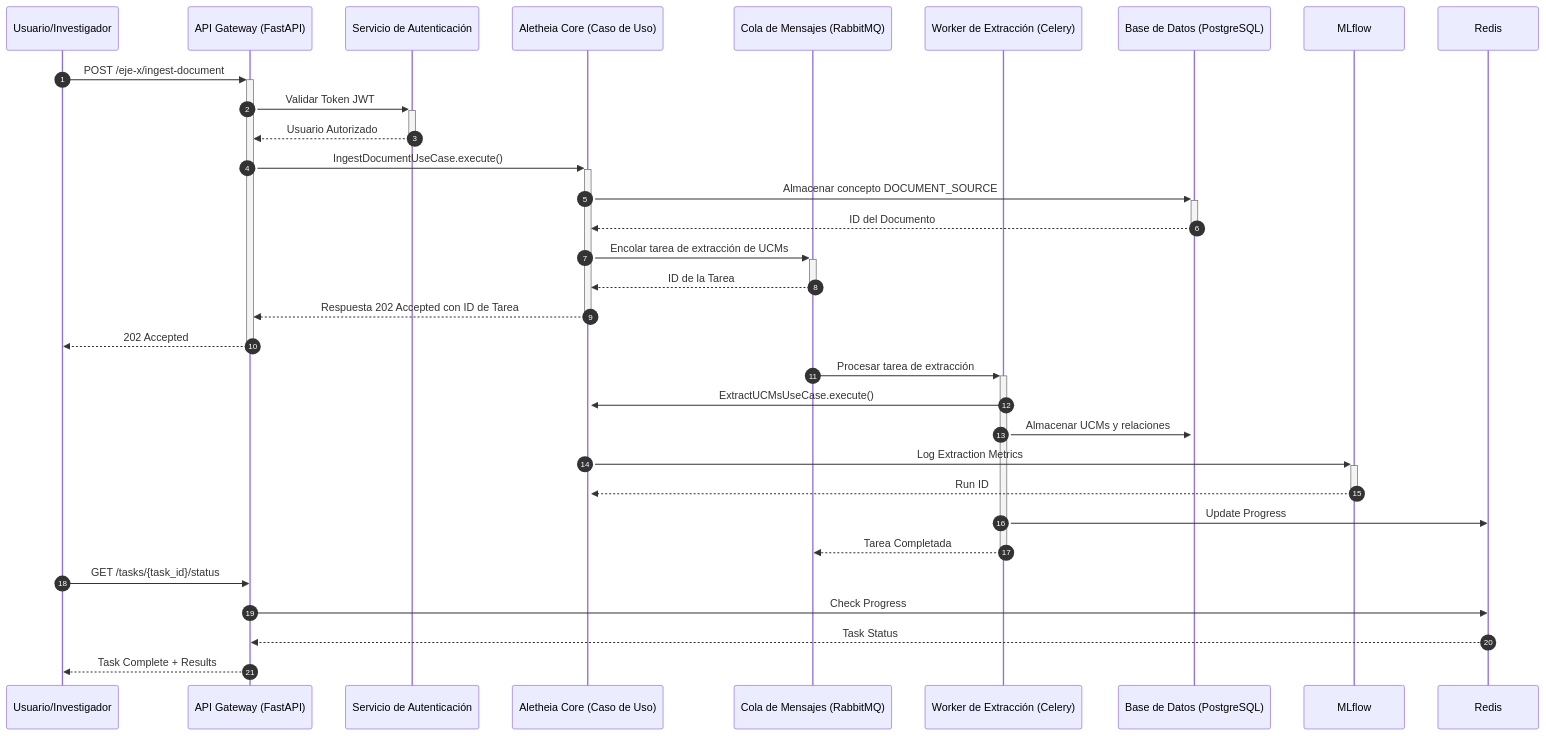
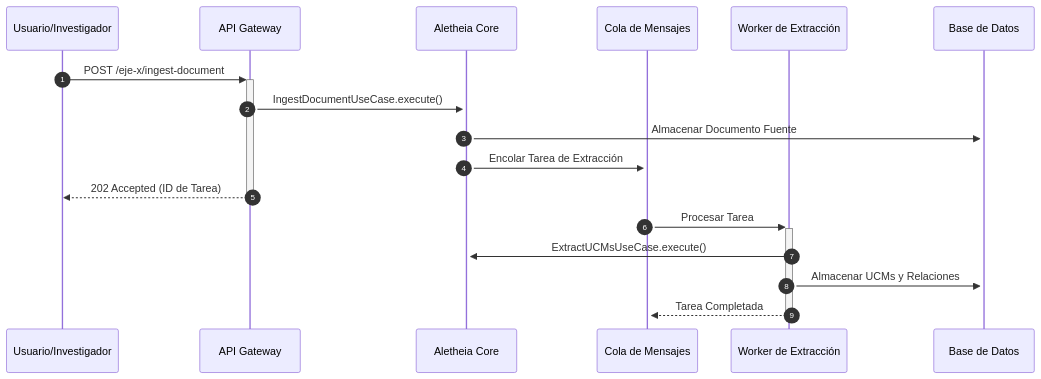
Before and after one commit to SunNeurotron/Aletheia: the fourth of 4 diagrams in README.md, drawn with Mermaid. The commit also changed other lines of this file, not shown here.

Commit message:
feat: Reemplazar README con una versión visualmente rica y gráfica

````diff
--- a/README.md
+++ b/README.md
@@ -338,40 +132,20 @@
 ```mermaid
 sequenceDiagram
     autonumber
     participant User as Usuario/Investigador
-    participant API as API Gateway (FastAPI)
-    participant Auth as Servicio de Autenticación
-    participant Core as Aletheia Core (Caso de Uso)
-    participant Queue as Cola de Mensajes (RabbitMQ)
-    participant Worker as Worker de Extracción (Celery)
-    participant DB as Base de Datos (PostgreSQL)
-    participant ML as MLflow
-    participant Cache as Redis
+    participant API as API Gateway
+    participant Core as Aletheia Core
+    participant Queue as Cola de Mensajes
+    participant Worker as Worker de Extracción
+    participant DB as Base de Datos
 
     User->>+API: POST /eje-x/ingest-document
-    API->>+Auth: Validar Token JWT
-    Auth-->>-API: Usuario Autorizado
-
     API->>+Core: IngestDocumentUseCase.execute()
-    Core->>+DB: Almacenar concepto DOCUMENT_SOURCE
-    DB-->>-Core: ID del Documento
-
-    Core->>+Queue: Encolar tarea de extracción de UCMs
-    Queue-->>-Core: ID de la Tarea
-    Core-->>-API: Respuesta 202 Accepted con ID de Tarea
-    API-->>-User: 202 Accepted
-
-    Queue->>+Worker: Procesar tarea de extracción
+    Core->>+DB: Almacenar Documento Fuente
+    Core->>+Queue: Encolar Tarea de Extracción
+    API-->>-User: 202 Accepted (ID de Tarea)
+    Queue->>+Worker: Procesar Tarea
     Worker->>+Core: ExtractUCMsUseCase.execute()
-    Worker->>+DB: Almacenar UCMs y relaciones
-    Core->>+ML: Log Extraction Metrics
-    ML-->>-Core: Run ID
-
-    Worker->>Cache: Update Progress
+    Worker->>+DB: Almacenar UCMs y Relaciones
     Worker-->>-Queue: Tarea Completada
-
-    User->>API: GET /tasks/{task_id}/status
-    API->>Cache: Check Progress
-    Cache-->>API: Task Status
-    API-->>User: Task Complete + Results
 ```
````
